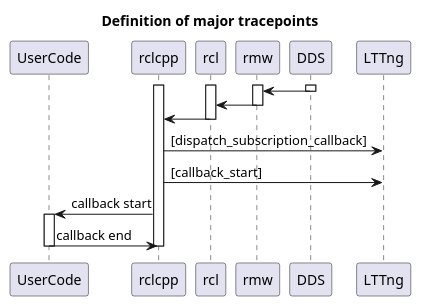
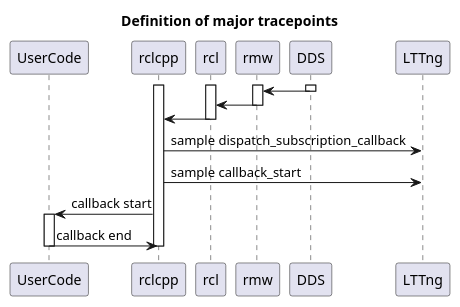
One commit to tier4/caret_doc changed the first of 2 diagrams in docs/design/latency_definitions/subscription.md. Above: the diagram before and after it, drawn with PlantUML. The commit also changed other lines of this file, not shown here.

Commit message:
address comments inlatency_definitions/subscription.md

````diff
--- a/docs/design/latency_definitions/subscription.md
+++ b/docs/design/latency_definitions/subscription.md
@@ -7,36 +10,36 @@
 ```plantuml
 @startuml
 title: Definition of major tracepoints
 
 participant UserCode
 participant rclcpp
 participant rcl
 participant rmw
 participant DDS
 participant LTTng
 
 activate DDS
 activate rmw
 activate rcl
 activate rclcpp
 
 DDS -> rmw
 deactivate DDS
 
 rmw -> rcl
 deactivate rmw
 
 rcl -> rclcpp
 deactivate rcl
 
 
-rclcpp -> LTTng: [dispatch_subscription_callback]
-rclcpp -> LTTng: [callback_start]
+rclcpp -> LTTng: sample dispatch_subscription_callback
+rclcpp -> LTTng: sample callback_start
 rclcpp -> UserCode: callback start
 activate UserCode
 UserCode -> rclcpp: callback end
 deactivate UserCode
 
 deactivate rclcpp
 @enduml
 ```
````
